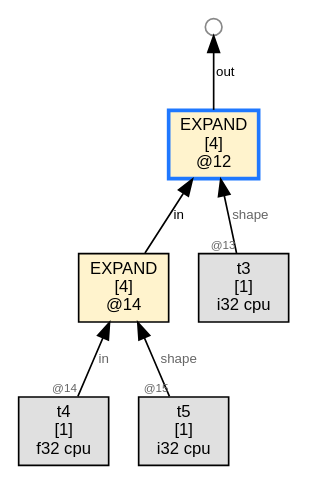
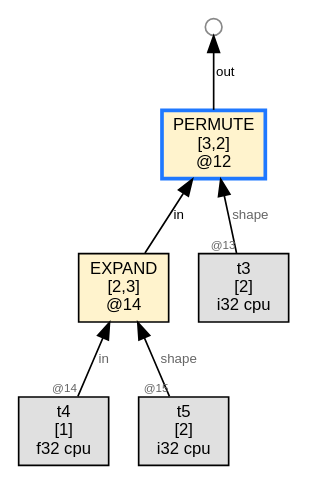
The diagram in wl/examples/thvm_graphs/grad_rules/gradu_poly/thvm_1_post_reduce.dot (sw1sh/TinyHVM), drawn with Graphviz before and after one commit. The commit also changed 8 other files, not shown here.

First line of the commit message:
grad: CMP e2e pass via shape-[1] TEN; permute still fails on broadcast view

```diff
--- a/wl/examples/thvm_graphs/grad_rules/gradu_poly/thvm_1_post_reduce.dot
+++ b/wl/examples/thvm_graphs/grad_rules/gradu_poly/thvm_1_post_reduce.dot
@@ -1,17 +1,17 @@
 digraph G {
   rankdir=BT;
   node [fontname="Helvetica", fontsize=10, style=filled, shape=box, margin="0.1,0.05"];
   edge [fontsize=8, fontname="Helvetica"];
 
-  n12 [label="EXPAND\n[4]\n@12", shape=box, fillcolor="#fff3cd",color="#1f78ff",penwidth=2.2];
+  n12 [label="PERMUTE\n[3,2]\n@12", shape=box, fillcolor="#fff3cd",color="#1f78ff",penwidth=2.2];
   n14 -> n12 [label="in"];
-  t3 [label="t3\n[1]\ni32 cpu",shape=box,fillcolor="#e0e0e0"];
+  t3 [label="t3\n[2]\ni32 cpu",shape=box,fillcolor="#e0e0e0"];
   t3 -> n12 [label="shape",taillabel="@13",labelfontsize=7,fontcolor="#666666"];
   free12_1000 [label="",shape=circle,width=0.14,height=0.14,fixedsize=true,fillcolor="#ffffff",color="#888888",fontsize=1];
   n12 -> free12_1000 [label="out"];
-  n14 [label="EXPAND\n[4]\n@14", shape=box, fillcolor="#fff3cd"];
+  n14 [label="EXPAND\n[2,3]\n@14", shape=box, fillcolor="#fff3cd"];
   t4 [label="t4\n[1]\nf32 cpu",shape=box,fillcolor="#e0e0e0"];
   t4 -> n14 [label="in",taillabel="@14",labelfontsize=7,fontcolor="#666666"];
-  t5 [label="t5\n[1]\ni32 cpu",shape=box,fillcolor="#e0e0e0"];
+  t5 [label="t5\n[2]\ni32 cpu",shape=box,fillcolor="#e0e0e0"];
   t5 -> n14 [label="shape",taillabel="@15",labelfontsize=7,fontcolor="#666666"];
 }
```
